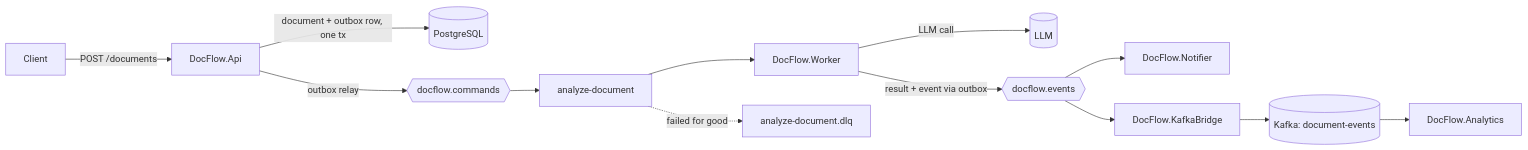
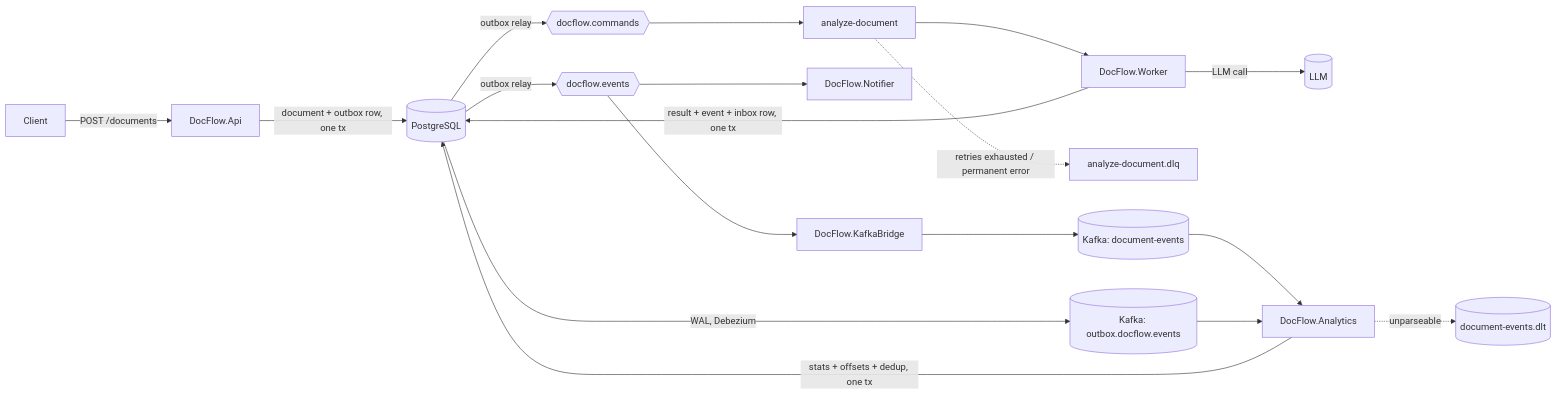
One commit to Rujoker/docflow changed the diagram in README.md. Above: the diagram before and after it, drawn with Mermaid. The commit also changed other lines of this file, not shown here.

Commit message:
README: delivery guarantees, failure scenarios, architecture

````diff
--- a/README.md
+++ b/README.md
@@ -26,15 +25,20 @@
 ```mermaid
 flowchart LR
     U[Client] -->|POST /documents| API[DocFlow.Api]
     API -->|document + outbox row, one tx| PG[(PostgreSQL)]
-    API -->|outbox relay| CMD{{docflow.commands}}
+    PG -->|outbox relay| CMD{{docflow.commands}}
     CMD --> Q[analyze-document]
     Q --> W[DocFlow.Worker]
     W -->|LLM call| LLM[(LLM)]
-    W -->|result + event via outbox| EVT{{docflow.events}}
+    W -->|result + event + inbox row, one tx| PG
+    Q -. retries exhausted / permanent error .-> DLQ[analyze-document.dlq]
+    PG -->|outbox relay| EVT{{docflow.events}}
     EVT --> N[DocFlow.Notifier]
     EVT --> B[DocFlow.KafkaBridge]
-    B --> K[(Kafka: document-events)]
-    K --> A[DocFlow.Analytics]
-    Q -. failed for good .-> DLQ[analyze-document.dlq]
+    B --> K1[(Kafka: document-events)]
+    PG -->|WAL, Debezium| K2[(Kafka: outbox.docflow.events)]
+    K1 --> A[DocFlow.Analytics]
+    K2 --> A
+    A -->|stats + offsets + dedup, one tx| PG
+    A -. unparseable .-> DLT[(document-events.dlt)]
 ```
````
